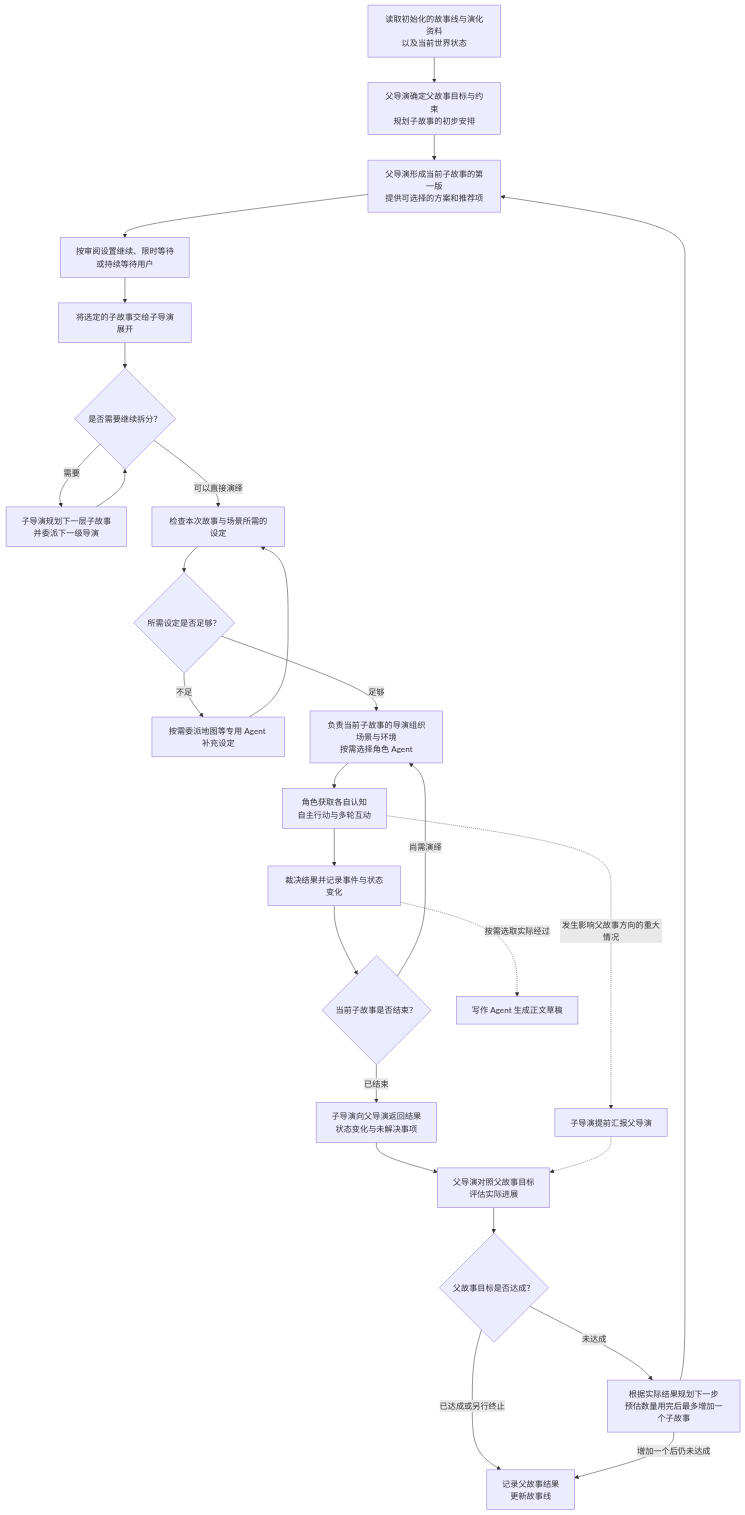
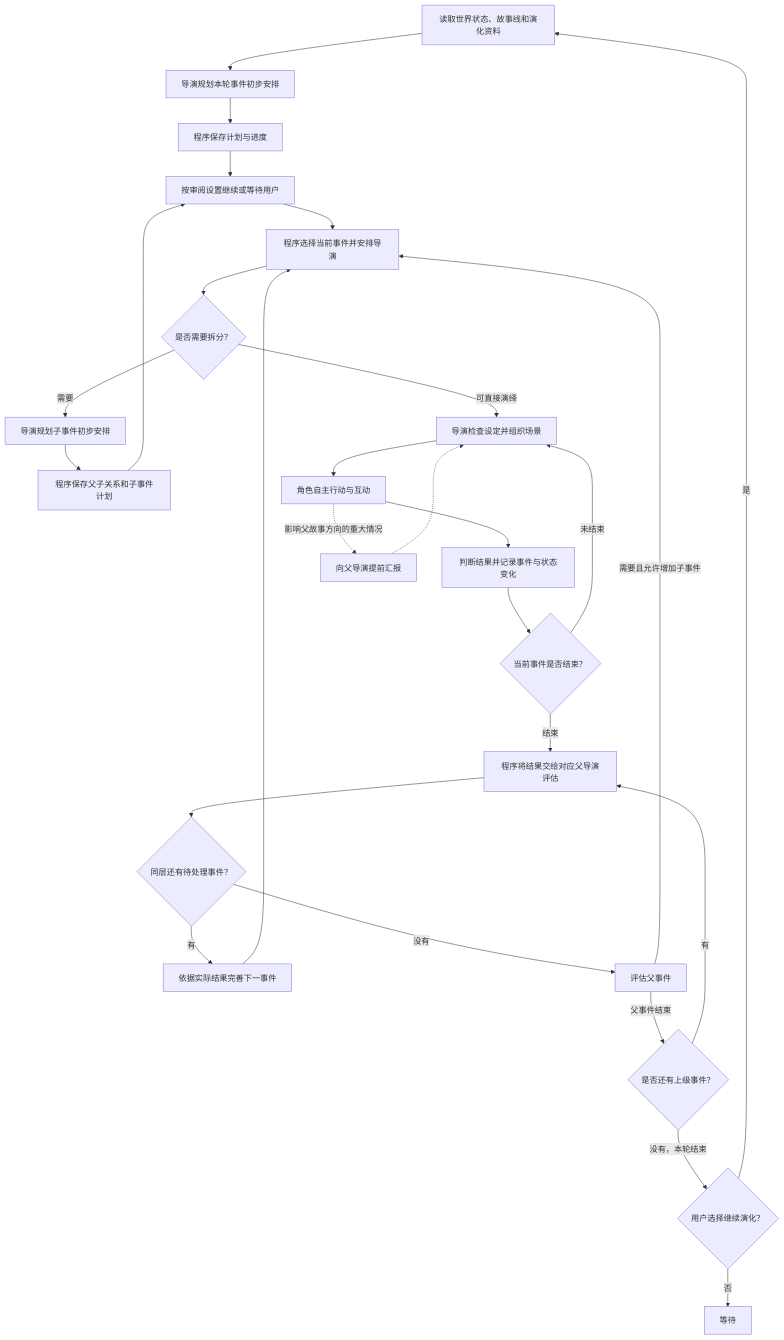
One commit to 8888-baiyi-8888/fly_novel changed the diagram in docs/workflows/story-workflow/story-workflow.md. Above: the diagram before and after it, drawn with Mermaid. The commit also changed other lines of this file and 3 other files, not shown here.

````diff
--- a/docs/workflows/story-workflow/story-workflow.md
+++ b/docs/workflows/story-workflow/story-workflow.md
@@ -15,29 +15,29 @@
 ```mermaid
 flowchart TB
-    A[读取初始化的故事线与演化资料<br/>以及当前世界状态] --> B[父导演确定父故事目标与约束<br/>规划子故事的初步安排]
-    B --> C[父导演形成当前子故事的第一版<br/>提供可选择的方案和推荐项]
-    C --> U[按审阅设置继续、限时等待<br/>或持续等待用户]
-    U --> V[将选定的子故事交给子导演展开]
-    V --> M{是否需要继续拆分？}
-    M -->|需要| N[子导演规划下一层子故事<br/>并委派下一级导演]
-    N --> M
-    M -->|可以直接演绎| P[检查本次故事与场景所需的设定]
-    P --> Q{所需设定是否足够？}
-    Q -->|不足| S[按需委派地图等专用 Agent 补充设定]
-    S --> P
-    Q -->|足够| D[负责当前子故事的导演组织场景与环境<br/>按需选择角色 Agent]
-    D --> E[角色获取各自认知<br/>自主行动与多轮互动]
-    E --> F[裁决结果并记录事件与状态变化]
-    F --> G{当前子故事是否结束？}
-    G -->|尚需演绎| D
-    G -->|已结束| R[子导演向父导演返回结果<br/>状态变化与未解决事项]
-    R --> H[父导演对照父故事目标<br/>评估实际进展]
-    H --> I{父故事目标是否达成？}
-    I -->|已达成或另行终止| J[记录父故事结果<br/>更新故事线]
-    I -->|未达成| K[根据实际结果规划下一步<br/>预估数量用完后最多增加一个子故事]
-    K --> C
-    K -->|增加一个后仍未达成| J
-    E -.->|发生影响父故事方向的重大情况| T[子导演提前汇报父导演]
+    A[读取世界状态、故事线和演化资料] --> B[导演规划本轮事件初步安排]
+    B --> C[程序保存计划与进度]
+    C --> U[按审阅设置继续或等待用户]
+    U --> D[程序选择当前事件并安排导演]
+    D --> E{是否需要拆分？}
+    E -->|需要| F[导演规划子事件初步安排]
+    F --> G[程序保存父子关系和子事件计划]
+    G --> U
+    E -->|可直接演绎| H[导演检查设定并组织场景]
+    H --> I[角色自主行动与互动]
+    I --> J[判断结果并记录事件与状态变化]
+    J --> K{当前事件是否结束？}
+    K -->|未结束| H
+    K -->|结束| L[程序将结果交给对应父导演评估]
+    L --> M{同层还有待处理事件？}
+    M -->|有| N[依据实际结果完善下一事件]
+    N --> D
+    M -->|没有| O[评估父事件]
+    O -->|需要且允许增加子事件| D
+    O -->|父事件结束| P{是否还有上级事件？}
+    P -->|有| L
+    P -->|没有，本轮结束| Q{用户选择继续演化？}
+    Q -->|是| A
+    Q -->|否| R[等待]
+    I -.->|影响父故事方向的重大情况| T[向父导演提前汇报]
     T -.-> H
-    F -.->|按需选取实际经过| L[写作 Agent 生成正文草稿]
 ```
````
